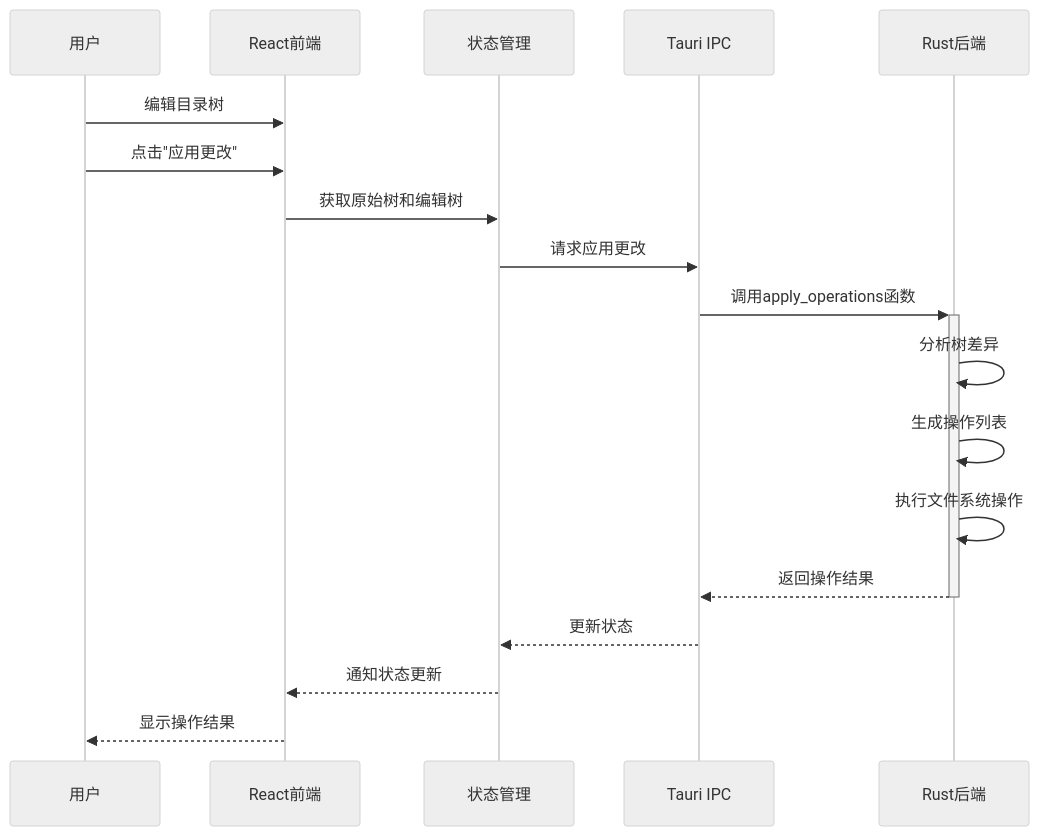
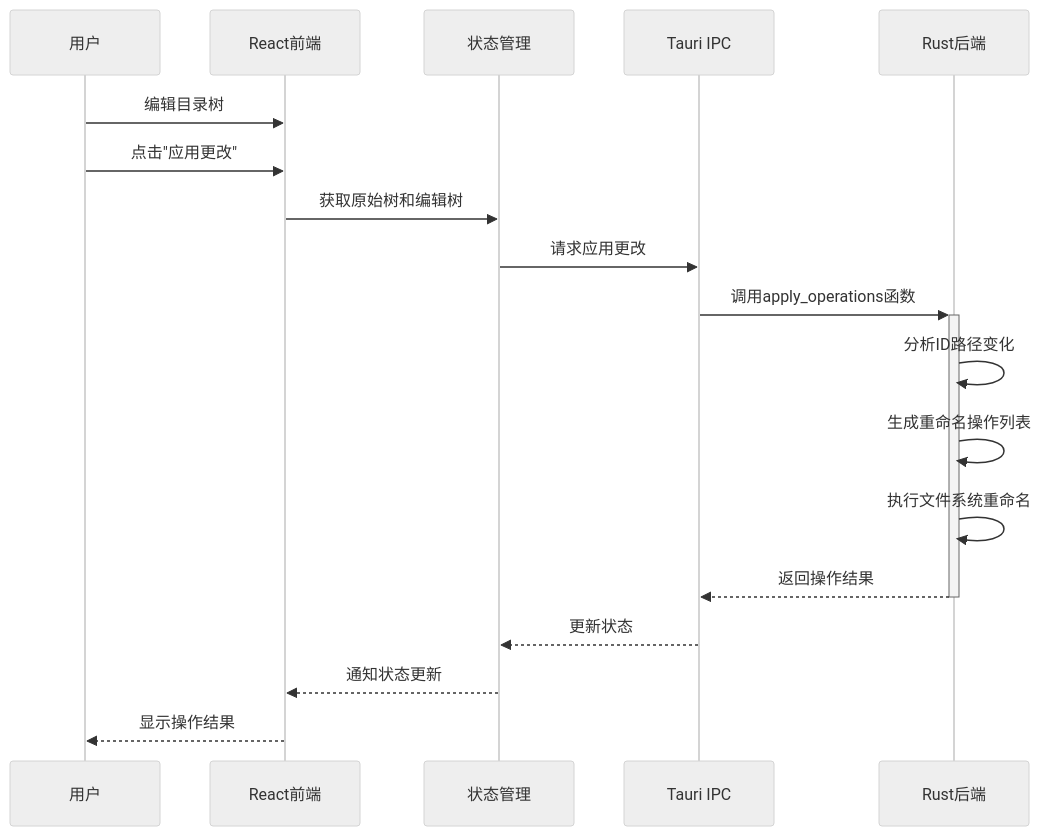
The second of 5 diagrams in docs/10-technical-solution-design.md (chess99/TreeNamer), drawn with Mermaid (neutral theme) before and after one commit. The commit also changed other lines of this file and 21 other files, not shown here.

````diff
--- a/docs/10-technical-solution-design.md
+++ b/docs/10-technical-solution-design.md
@@ -223,21 +246,21 @@
 ```mermaid
 sequenceDiagram
     participant 用户
     participant React前端
     participant 状态管理
     participant Tauri IPC
     participant Rust后端
     
     用户->>React前端: 编辑目录树
     用户->>React前端: 点击"应用更改"
     React前端->>状态管理: 获取原始树和编辑树
     状态管理->>Tauri IPC: 请求应用更改
     Tauri IPC->>+Rust后端: 调用apply_operations函数
-    Rust后端->>Rust后端: 分析树差异
-    Rust后端->>Rust后端: 生成操作列表
-    Rust后端->>Rust后端: 执行文件系统操作
+    Rust后端->>Rust后端: 分析ID路径变化
+    Rust后端->>Rust后端: 生成重命名操作列表
+    Rust后端->>Rust后端: 执行文件系统重命名
     Rust后端-->>-Tauri IPC: 返回操作结果
     Tauri IPC-->>状态管理: 更新状态
     状态管理-->>React前端: 通知状态更新
     React前端-->>用户: 显示操作结果
 ```
````
